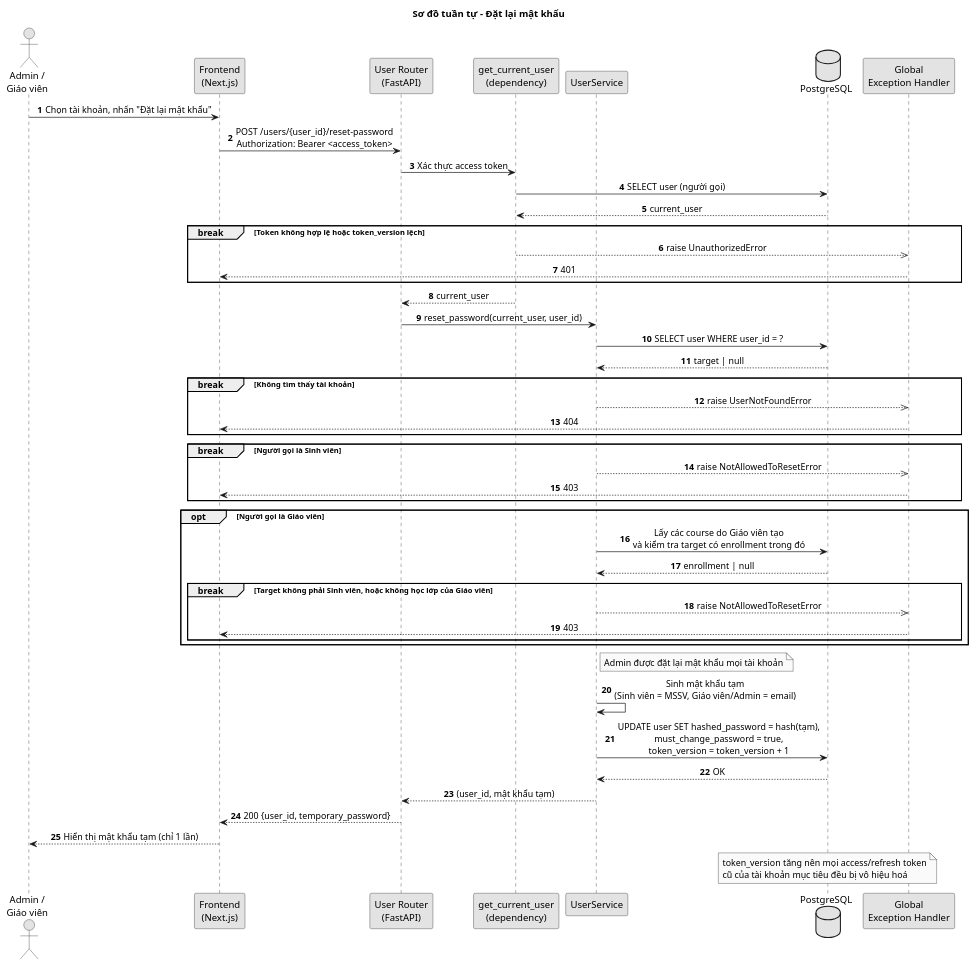
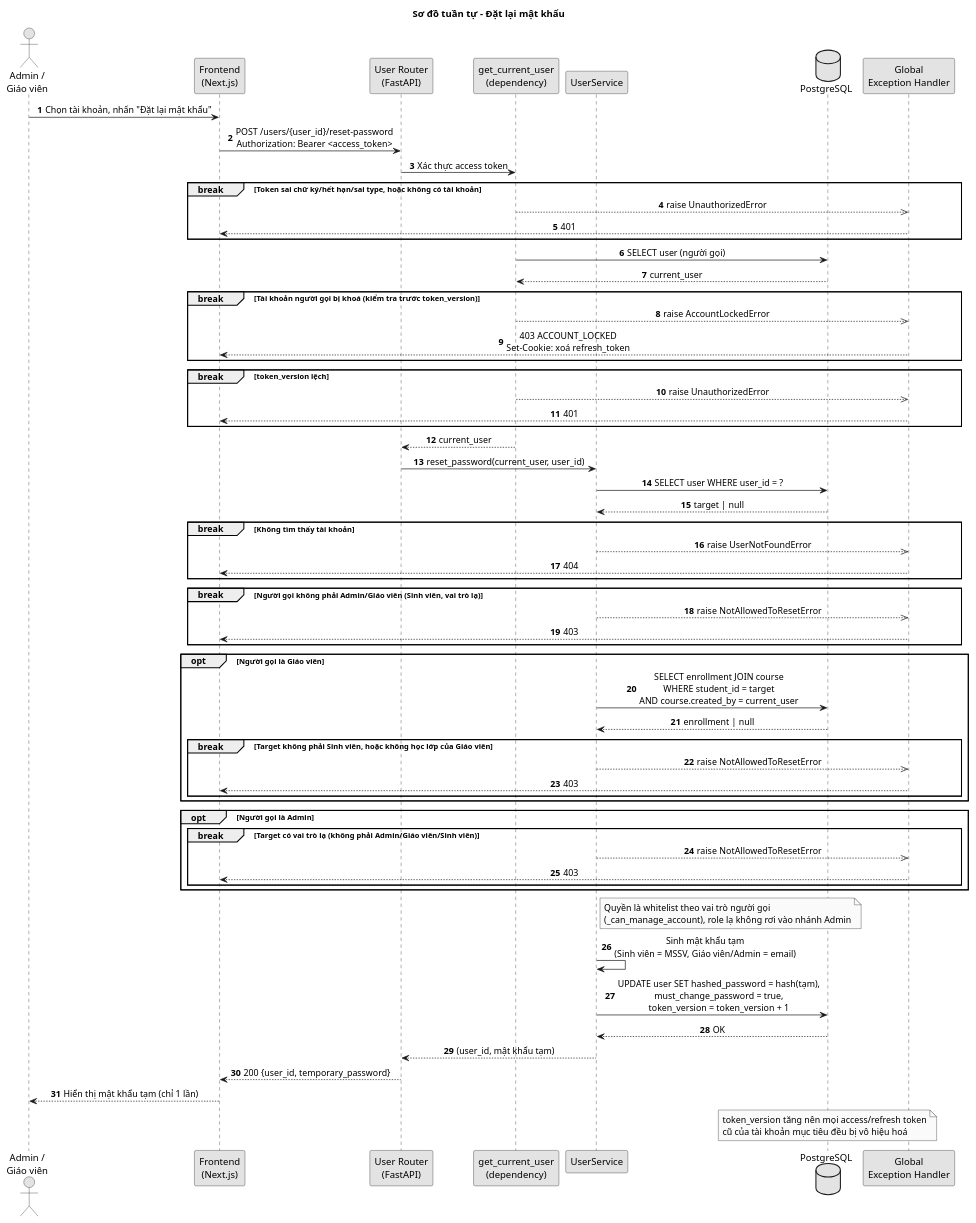
One commit to dinhnhathuyennhan/leet-code-utc2 changed the diagram in docs/diagrams/sequence/sequence-reset-password.puml. Above: the diagram before and after it, drawn with PlantUML. The commit also changed 21 other files, not shown here.

Commit message:
docs: sync API contracts, use cases and diagrams with account, class and grading changes

```diff
--- a/docs/diagrams/sequence/sequence-reset-password.puml
+++ b/docs/diagrams/sequence/sequence-reset-password.puml
@@ -1,65 +1,79 @@
 @startuml sequence-reset-password
 ' Đặt lại mật khẩu, theo backend/app/api/users.py và modules/users/service.py
 skinparam shadowing false
 skinparam monochrome true
 skinparam defaultFontName Arial
 skinparam sequenceMessageAlign center
 autonumber
 
 title Sơ đồ tuần tự - Đặt lại mật khẩu
 
 actor "Admin /\nGiáo viên" as U
 participant "Frontend\n(Next.js)" as FE
 participant "User Router\n(FastAPI)" as R
 participant "get_current_user\n(dependency)" as D
 participant "UserService" as S
 database "PostgreSQL" as DB
 participant "Global\nException Handler" as EH
 
 U -> FE : Chọn tài khoản, nhấn "Đặt lại mật khẩu"
 FE -> R : POST /users/{user_id}/reset-password\nAuthorization: Bearer <access_token>
 R -> D : Xác thực access token
+break Token sai chữ ký/hết hạn/sai type, hoặc không có tài khoản
+  D -->> EH : raise UnauthorizedError
+  EH --> FE : 401
+end
 D -> DB : SELECT user (người gọi)
 DB --> D : current_user
-break Token không hợp lệ hoặc token_version lệch
+break Tài khoản người gọi bị khoá (kiểm tra trước token_version)
+  D -->> EH : raise AccountLockedError
+  EH --> FE : 403 ACCOUNT_LOCKED\nSet-Cookie: xoá refresh_token
+end
+break token_version lệch
   D -->> EH : raise UnauthorizedError
   EH --> FE : 401
 end
 D --> R : current_user
 
 R -> S : reset_password(current_user, user_id)
 S -> DB : SELECT user WHERE user_id = ?
 DB --> S : target | null
 break Không tìm thấy tài khoản
   S -->> EH : raise UserNotFoundError
   EH --> FE : 404
 end
 
-break Người gọi là Sinh viên
+break Người gọi không phải Admin/Giáo viên (Sinh viên, vai trò lạ)
   S -->> EH : raise NotAllowedToResetError
   EH --> FE : 403
 end
 
 opt Người gọi là Giáo viên
-  S -> DB : Lấy các course do Giáo viên tạo\nvà kiểm tra target có enrollment trong đó
+  S -> DB : SELECT enrollment JOIN course\nWHERE student_id = target\nAND course.created_by = current_user
   DB --> S : enrollment | null
   break Target không phải Sinh viên, hoặc không học lớp của Giáo viên
     S -->> EH : raise NotAllowedToResetError
     EH --> FE : 403
   end
 end
-note right of S : Admin được đặt lại mật khẩu mọi tài khoản
+opt Người gọi là Admin
+  break Target có vai trò lạ (không phải Admin/Giáo viên/Sinh viên)
+    S -->> EH : raise NotAllowedToResetError
+    EH --> FE : 403
+  end
+end
+note right of S : Quyền là whitelist theo vai trò người gọi\n(_can_manage_account), role lạ không rơi vào nhánh Admin
 
 S -> S : Sinh mật khẩu tạm\n(Sinh viên = MSSV, Giáo viên/Admin = email)
 S -> DB : UPDATE user SET hashed_password = hash(tạm),\nmust_change_password = true,\ntoken_version = token_version + 1
 DB --> S : OK
 S --> R : (user_id, mật khẩu tạm)
 R --> FE : 200 {user_id, temporary_password}
 FE --> U : Hiển thị mật khẩu tạm (chỉ 1 lần)
 
 note over DB
   token_version tăng nên mọi access/refresh token
   cũ của tài khoản mục tiêu đều bị vô hiệu hoá
 end note
 
 @enduml
```
